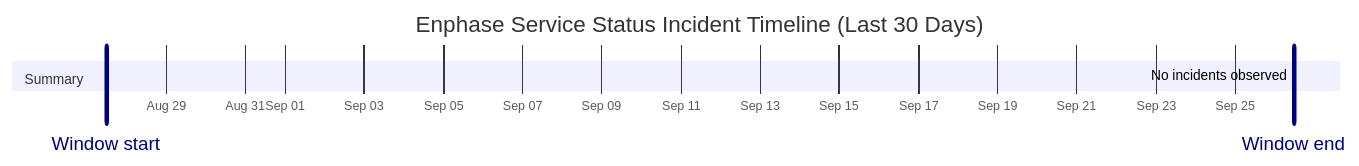
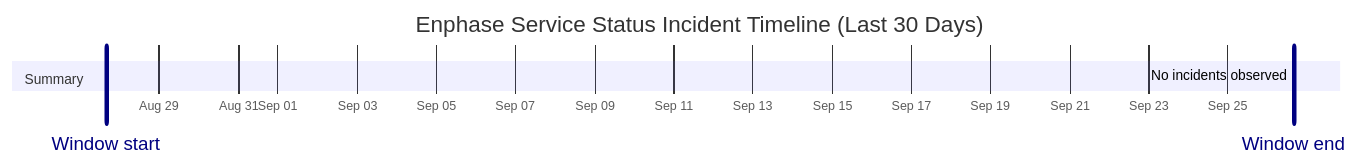
Before and after one commit to barneyonline/ha-enphase-energy: the diagram in wiki/Service-Status-History.md, drawn with Mermaid. The commit also changed other lines of this file and 3 other files, not shown here.

````diff
--- a/wiki/Service-Status-History.md
+++ b/wiki/Service-Status-History.md
@@ -14,10 +14,10 @@
 ```mermaid
 gantt
     title Enphase Service Status Incident Timeline (Last 30 Days)
     dateFormat  YYYY-MM-DDTHH:mm:ss
     axisFormat  %b %d
-    Window start :vert, window-start, 2026-08-27T11:40:32, 0ms
-    Window end :vert, window-end, 2026-09-26T11:40:32, 0ms
+    Window start :vert, window-start, 2026-08-27T15:49:00, 0ms
+    Window end :vert, window-end, 2026-09-26T15:49:00, 0ms
     section Summary
-    No incidents observed :done, 2026-09-26T11:40:32, 1m
+    No incidents observed :done, 2026-09-26T15:49:00, 1m
 ```
````
